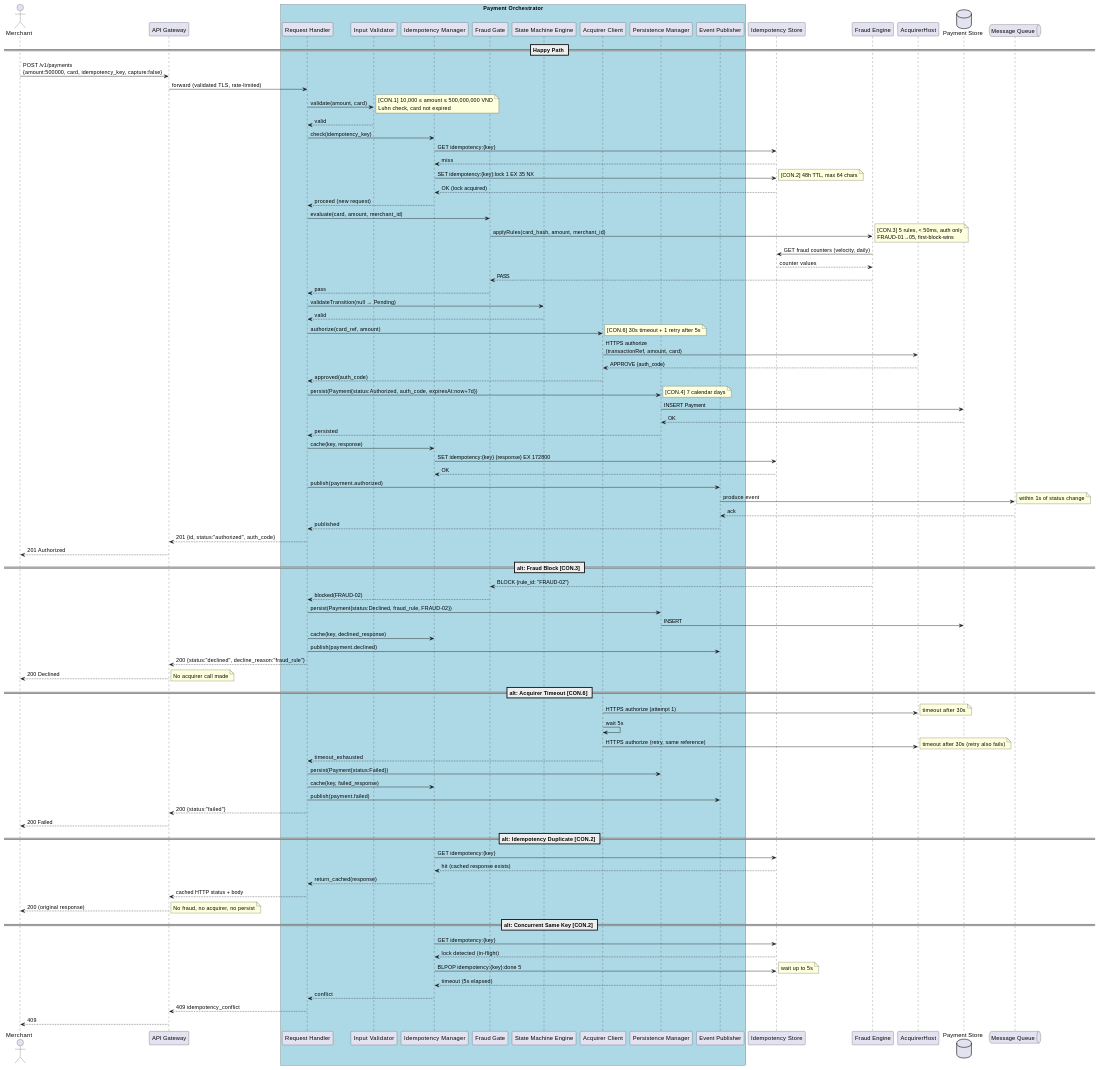
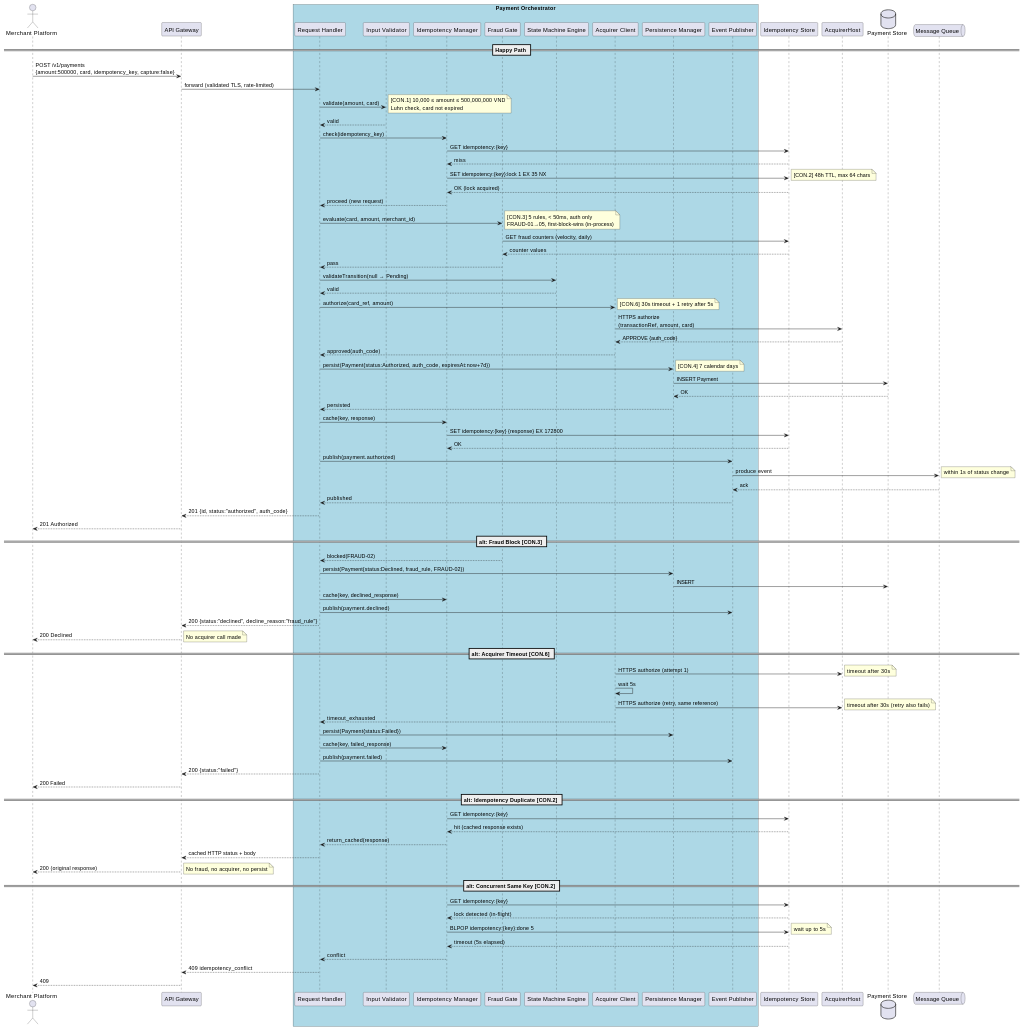
One commit to manhtienptit/team3 changed the first of 3 diagrams in Lb/Lab10-UML-Named-UseCases.md. Above: the diagram before and after it, drawn with PlantUML. The commit also changed other lines of this file and 6 other files, not shown here.

````diff
--- a/Lb/Lab10-UML-Named-UseCases.md
+++ b/Lb/Lab10-UML-Named-UseCases.md
@@ -26,6 +26,6 @@
 ```plantuml
 @startuml
-actor "Merchant" as Merchant
+actor "Merchant Platform" as Merchant
 participant "API Gateway" as APIGW
 box "Payment Orchestrator" #LightBlue
   participant "Request Handler" as ReqHandler
@@ -38,7 +38,6 @@
   participant "Event Publisher" as EventPub
 end box
 participant "Idempotency Store" as Redis
-participant "Fraud Engine" as FraudEng
 participant "AcquirerHost" as Acquirer
 database "Payment Store" as PG
 queue "Message Queue" as MQ
@@ -62,11 +61,9 @@
 IdempMgr --> ReqHandler : proceed (new request)
 
 ReqHandler -> FraudGate : evaluate(card, amount, merchant_id)
-FraudGate -> FraudEng : applyRules(card_hash, amount, merchant_id)
-note right: [CON.3] 5 rules, < 50ms, auth only\nFRAUD-01→05, first-block-wins
-FraudEng -> Redis : GET fraud counters (velocity, daily)
-Redis --> FraudEng : counter values
-FraudEng --> FraudGate : PASS
+note right: [CON.3] 5 rules, < 50ms, auth only\nFRAUD-01→05, first-block-wins (in-process)
+FraudGate -> Redis : GET fraud counters (velocity, daily)
+Redis --> FraudGate : counter values
 FraudGate --> ReqHandler : pass
 
 ReqHandler -> StateMachine : validateTransition(null → Pending)
@@ -99,7 +96,6 @@
 
 == alt: Fraud Block [CON.3] ==
 
-FraudEng --> FraudGate : BLOCK {rule_id: "FRAUD-02"}
 FraudGate --> ReqHandler : blocked(FRAUD-02)
 ReqHandler -> PersistMgr : persist(Payment{status:Declined, fraud_rule, FRAUD-02})
 PersistMgr -> PG : INSERT
````
